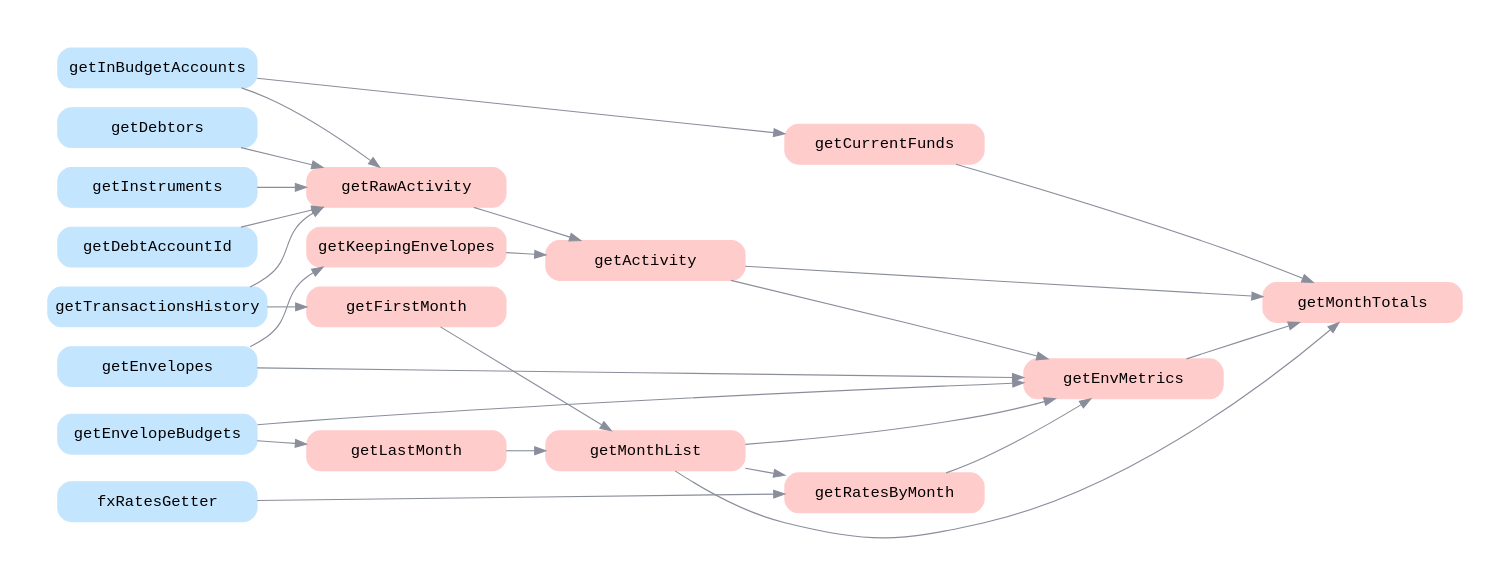
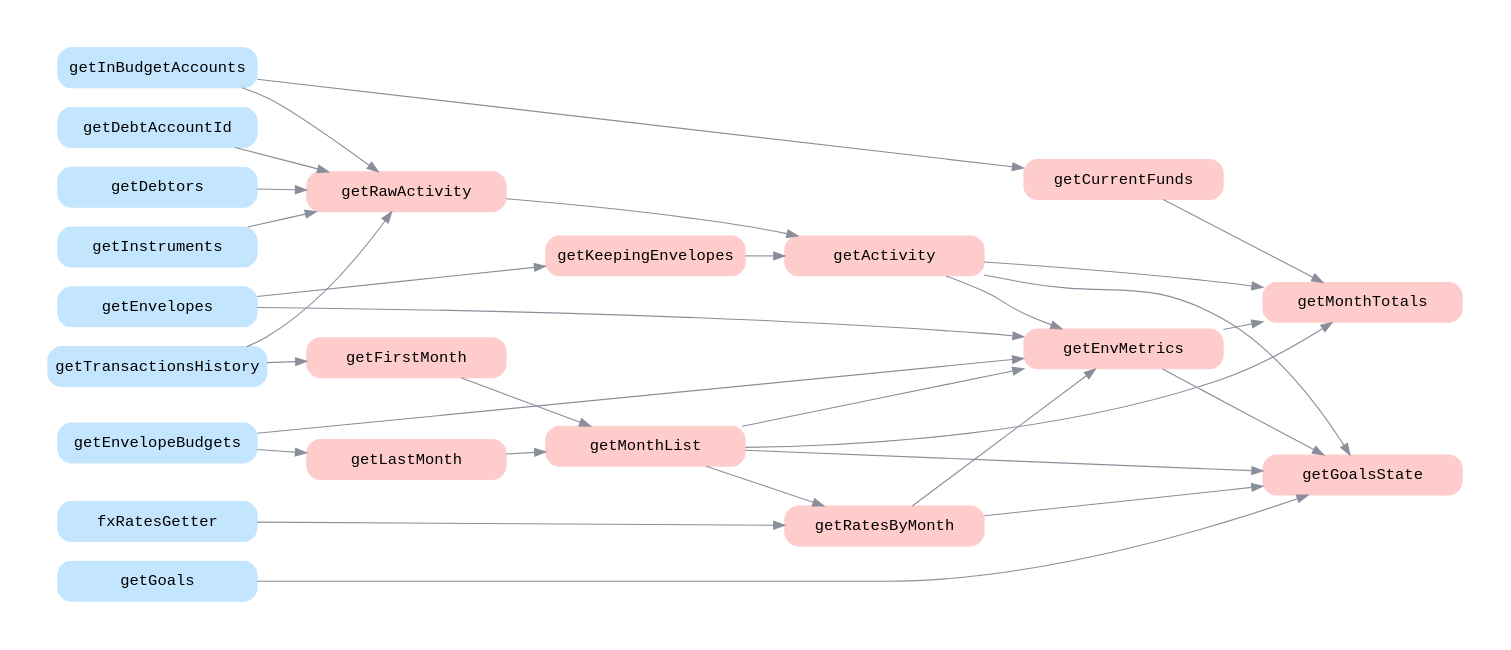
One commit to ardov/zerro changed the diagram in src/entities/envBalances/dataflow.dot. Above: the diagram before and after it, drawn with Graphviz. The commit also changed 5 other files, not shown here.

Commit message:
add getGoals selector

```diff
--- a/src/entities/envBalances/dataflow.dot
+++ b/src/entities/envBalances/dataflow.dot
@@ -1,69 +1,76 @@
 // Chart made in graphwiz https://graphviz.org/
 // VS Code extention https://marketplace.visualstudio.com/items?itemName=joaompinto.vscode-graphviz
 
 digraph G {
 // splines="FALSE";
 rankdir=LR;
 pad=0.5;
 edge [
   fontname="'Fira Code', monospace"
   color="#8a8e9b"
 ]
 node [
   fontname="'Fira Code', monospace",
   shape="box",
   style="filled,rounded"
   width=2.5
 ]
 
 {
   node [color="#c4e5fe"]
   rank=same;
   getInBudgetAccounts
   getEnvelopes
   getTransactionsHistory
   getEnvelopeBudgets
   getDebtAccountId
   getDebtors
   getInstruments
   fxRatesGetter
+  getGoals
 }
 
 
 subgraph INSTRUMENTS { //cluster_
   style="filled,rounded"
   color="#e8e8e8";
 
   node [color="#ffcccc"] // Results
   getInBudgetAccounts -> getCurrentFunds
 
   getEnvelopes -> getKeepingEnvelopes
 
   getTransactionsHistory -> getFirstMonth -> getMonthList
   getEnvelopeBudgets -> getLastMonth -> getMonthList
 
   getTransactionsHistory -> getRawActivity
   getInBudgetAccounts -> getRawActivity
   getDebtAccountId -> getRawActivity
   getDebtors -> getRawActivity
   getInstruments -> getRawActivity
 
   getKeepingEnvelopes -> getActivity
   getRawActivity -> getActivity
 
   fxRatesGetter -> getRatesByMonth
   getMonthList -> getRatesByMonth
 
   getMonthList -> getEnvMetrics
   getEnvelopes -> getEnvMetrics
   getActivity -> getEnvMetrics
   getEnvelopeBudgets -> getEnvMetrics
   getRatesByMonth -> getEnvMetrics
 
+  getMonthList -> getGoalsState
+  getEnvMetrics -> getGoalsState
+  getGoals -> getGoalsState
+  getActivity -> getGoalsState
+  getRatesByMonth -> getGoalsState
+
   getMonthList -> getMonthTotals
   getCurrentFunds -> getMonthTotals
   getActivity -> getMonthTotals
   getEnvMetrics -> getMonthTotals
 }
 
 }
```
